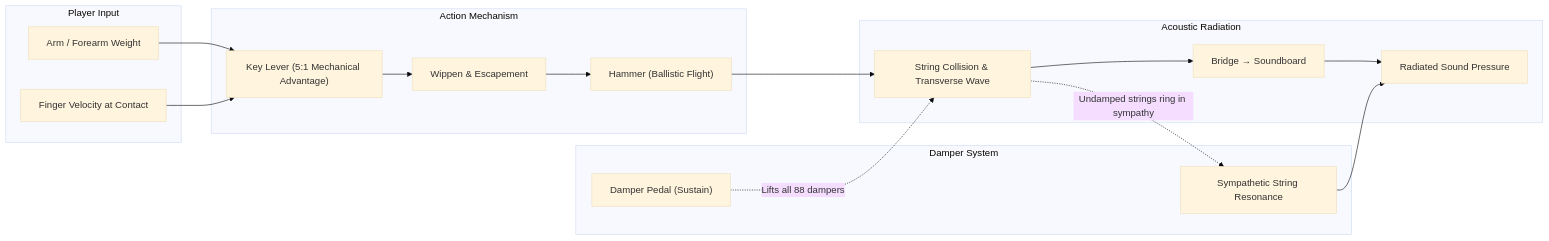
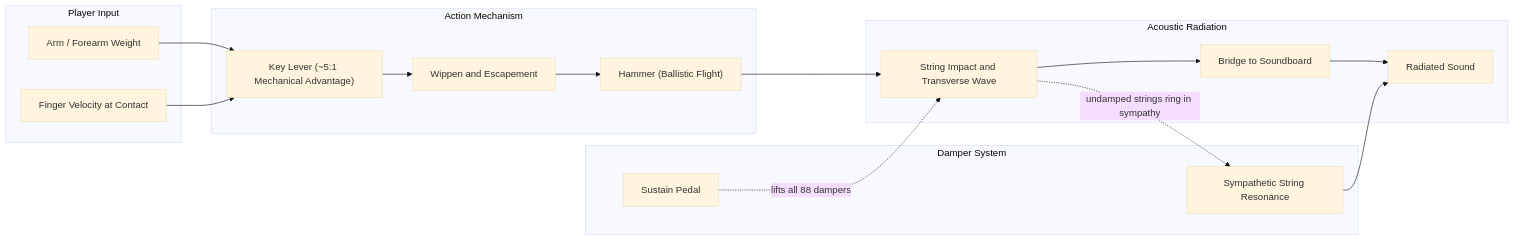
The first of 6 diagrams in topics/arts/music_performance/piano/labs.md (blebleblee/synapse), drawn with Mermaid (base theme) before and after one commit. The commit also changed other lines of this file and 4 other files, not shown here.

````diff
--- a/topics/arts/music_performance/piano/labs.md
+++ b/topics/arts/music_performance/piano/labs.md
@@ -31,35 +30,35 @@
 ```mermaid
 graph LR
     subgraph sub_input ["Player Input"]
         A["Arm / Forearm Weight"]
         B["Finger Velocity at Contact"]
     end
 
     subgraph sub_action ["Action Mechanism"]
-        C["Key Lever (5:1 Mechanical Advantage)"]
-        D["Wippen & Escapement"]
+        C["Key Lever (~5:1 Mechanical Advantage)"]
+        D["Wippen and Escapement"]
         E["Hammer (Ballistic Flight)"]
     end
 
     subgraph sub_acoustic ["Acoustic Radiation"]
-        F["String Collision & Transverse Wave"]
-        G["Bridge → Soundboard"]
-        H["Radiated Sound Pressure"]
+        F["String Impact and Transverse Wave"]
+        G["Bridge to Soundboard"]
+        H["Radiated Sound"]
     end
 
     subgraph sub_pedal ["Damper System"]
-        I["Damper Pedal (Sustain)"]
+        I["Sustain Pedal"]
         J["Sympathetic String Resonance"]
     end
 
     A --> C
     B --> C
     C --> D
     D --> E
     E --> F
     F --> G
     G --> H
-    I -.->|"Lifts all 88 dampers"| F
-    F -.->|"Undamped strings ring in sympathy"| J
+    I -.->|"lifts all 88 dampers"| F
+    F -.->|"undamped strings ring in sympathy"| J
     J --> H
 ```
````
